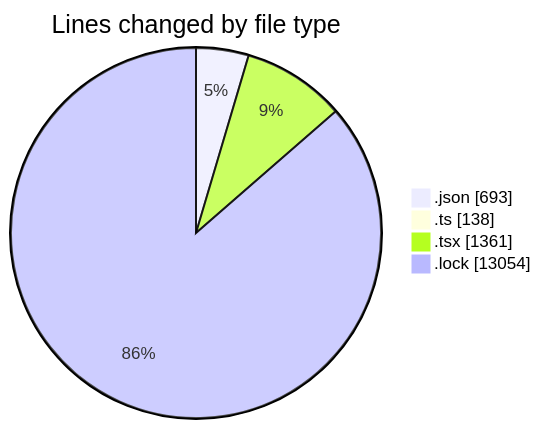
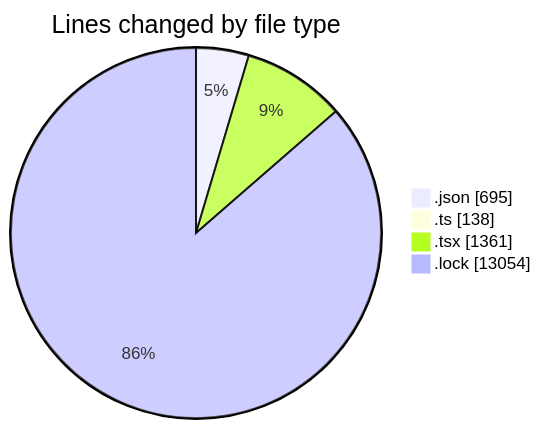
The first of 2 diagrams in 2025-05-07/cda/README.md (momahboobian/code-tracking), drawn with Mermaid before and after one commit. The commit also changed other lines of this file and 1 other file, not shown here.

````diff
--- a/2025-05-07/cda/README.md
+++ b/2025-05-07/cda/README.md
@@ -40,8 +40,8 @@
 ```mermaid
 pie showData
 title Lines changed by file type
-".json" : 693
+".json" : 695
 ".ts" : 138
 ".tsx" : 1361
 ".lock" : 13054
 ```
````
